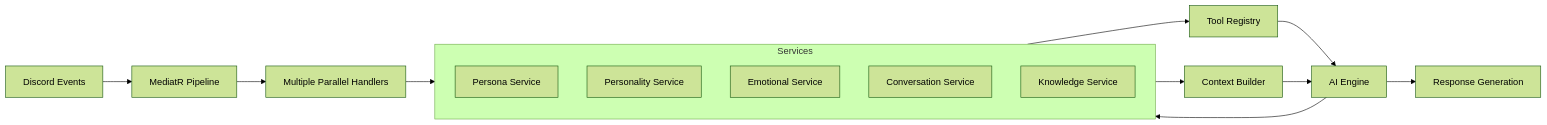
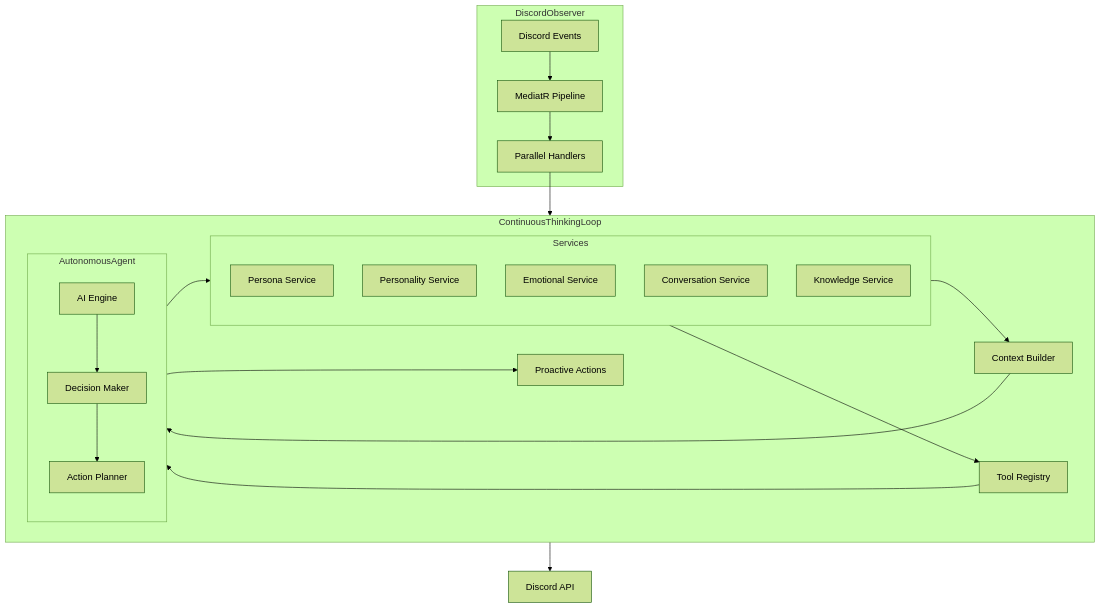
The diagram in README.md (BoundlessStudio/ElectricRaspberry), drawn with Mermaid (forest theme) before and after one commit. The commit also changed other lines of this file, not shown here.

First line of the commit message:
docs: Redesign system as autonomous continuous thinking loop

````diff
--- a/README.md
+++ b/README.md
@@ -82,23 +84,39 @@
 ```mermaid
-flowchart LR
-    DiscordEvents[Discord Events] --> MediatR[MediatR Pipeline]
-    MediatR --> ParallelHandlers[Multiple Parallel Handlers]
+flowchart TB
+    subgraph DiscordObserver
+        DiscordEvents[Discord Events] --> MediatR[MediatR Pipeline]
+        MediatR --> ParallelHandlers[Parallel Handlers]
+    end
     
-    subgraph Services
-        PersonaService[Persona Service]
-        PersonalityService[Personality Service]
-        EmotionalService[Emotional Service]
-        ConversationService[Conversation Service]
-        KnowledgeService[Knowledge Service]
+    subgraph ContinuousThinkingLoop
+        direction LR
+        
+        subgraph Services
+            PersonaService[Persona Service]
+            PersonalityService[Personality Service]
+            EmotionalService[Emotional Service]
+            ConversationService[Conversation Service]
+            KnowledgeService[Knowledge Service]
+        end
+        
+        ContextBuilder[Context Builder]
+        ToolRegistry[Tool Registry]
+        
+        Services --> ContextBuilder
+        Services --> ToolRegistry
+        
+        subgraph AutonomousAgent
+            direction TB
+            AI[AI Engine] --> DecisionMaker[Decision Maker]
+            DecisionMaker --> ActionPlanner[Action Planner]
+        end
+        
+        ContextBuilder --> AutonomousAgent
+        ToolRegistry --> AutonomousAgent
+        AutonomousAgent --> ProactiveActions[Proactive Actions]
+        AutonomousAgent --> Services
     end
     
     ParallelHandlers --> Services
-    Services --> ToolRegistry[Tool Registry]
-    Services --> ContextBuilder[Context Builder]
-    
-    ToolRegistry --> AI[AI Engine]
-    ContextBuilder --> AI
-    
-    AI --> ResponseGen[Response Generation]
-    AI --> Services
+    ProactiveActions --> DiscordAPI[Discord API]
 ```
````
